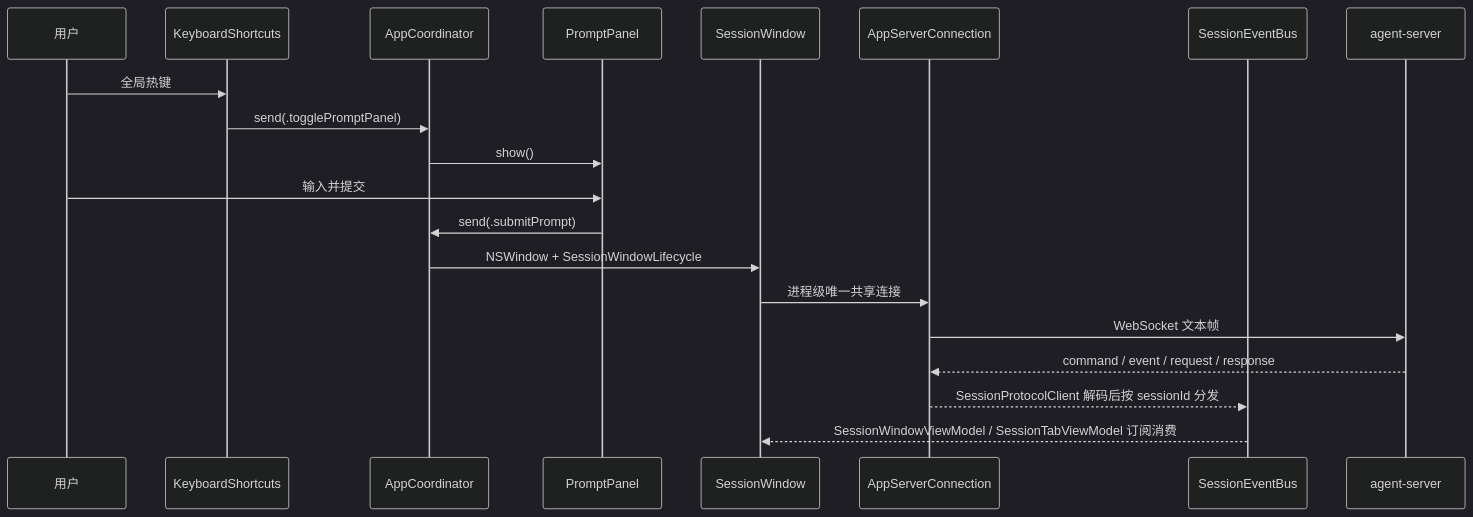
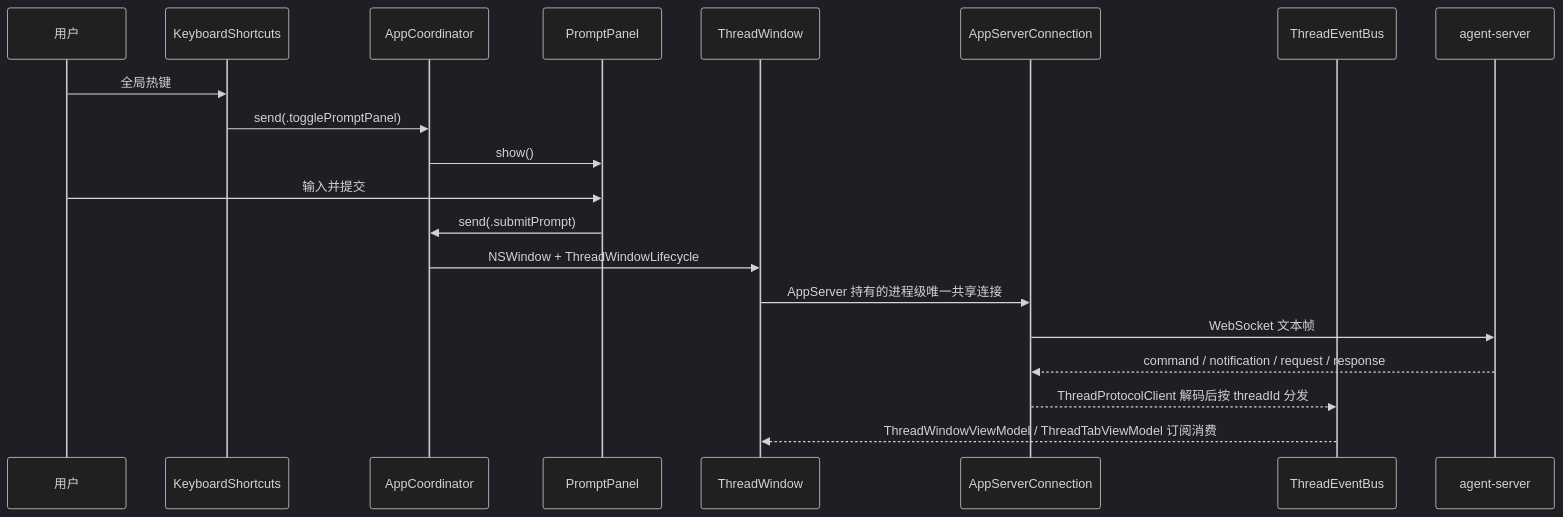
The second of 2 diagrams in apps/desktop/desktop.md (Lixuhang987/SpotAgent), drawn with Mermaid (dark theme) before and after one commit. The commit also changed other lines of this file and 132 other files, not shown here.

Commit message:
refactor: unify desktop app server around thread protocol

````diff
--- a/apps/desktop/desktop.md
+++ b/apps/desktop/desktop.md
@@ -100,23 +100,23 @@
 ```mermaid
 sequenceDiagram
   participant User as 用户
   participant Hotkey as KeyboardShortcuts
   participant Coord as AppCoordinator
   participant Panel as PromptPanel
-  participant Window as SessionWindow
+  participant Window as ThreadWindow
   participant Conn as AppServerConnection
-  participant Bus as SessionEventBus
+  participant Bus as ThreadEventBus
   participant Server as agent-server
 
   User->>Hotkey: 全局热键
   Hotkey->>Coord: send(.togglePromptPanel)
   Coord->>Panel: show()
   User->>Panel: 输入并提交
   Panel->>Coord: send(.submitPrompt)
-  Coord->>Window: NSWindow + SessionWindowLifecycle
-  Window->>Conn: 进程级唯一共享连接
+  Coord->>Window: NSWindow + ThreadWindowLifecycle
+  Window->>Conn: AppServer 持有的进程级唯一共享连接
   Conn->>Server: WebSocket 文本帧
-  Server-->>Conn: command / event / request / response
-  Conn-->>Bus: SessionProtocolClient 解码后按 sessionId 分发
-  Bus-->>Window: SessionWindowViewModel / SessionTabViewModel 订阅消费
+  Server-->>Conn: command / notification / request / response
+  Conn-->>Bus: ThreadProtocolClient 解码后按 threadId 分发
+  Bus-->>Window: ThreadWindowViewModel / ThreadTabViewModel 订阅消费
 ```
````
